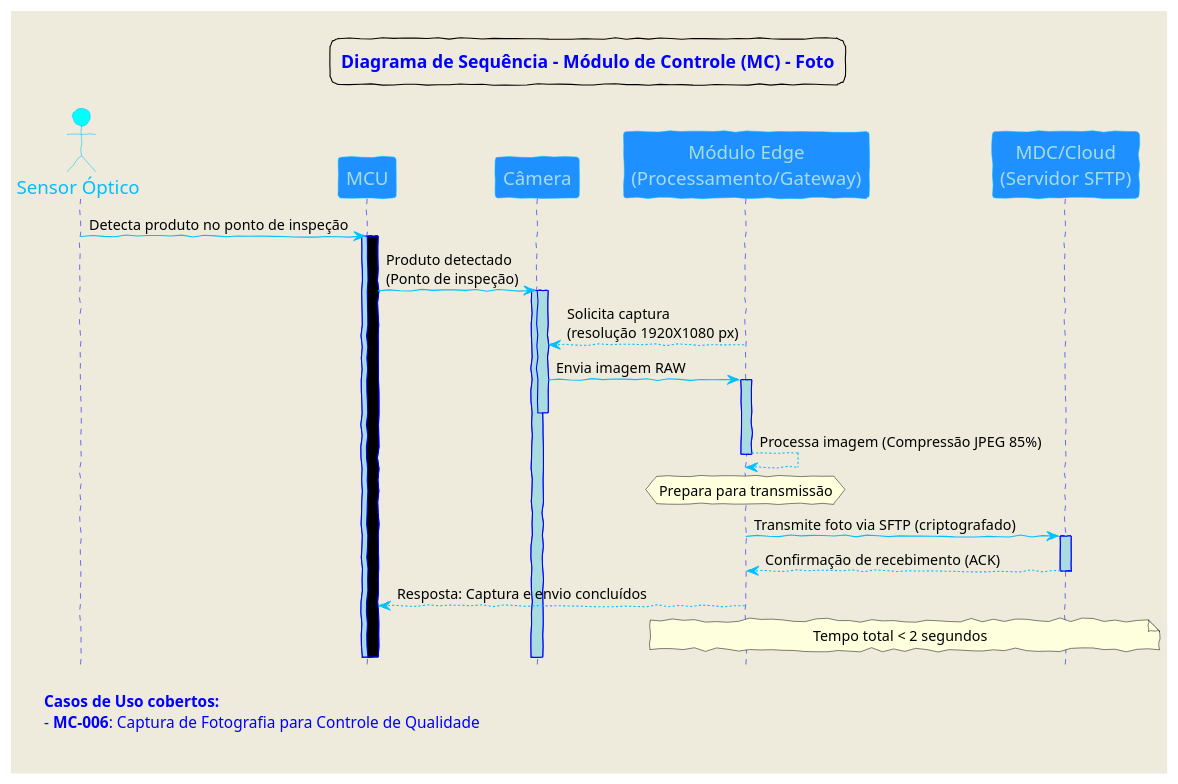
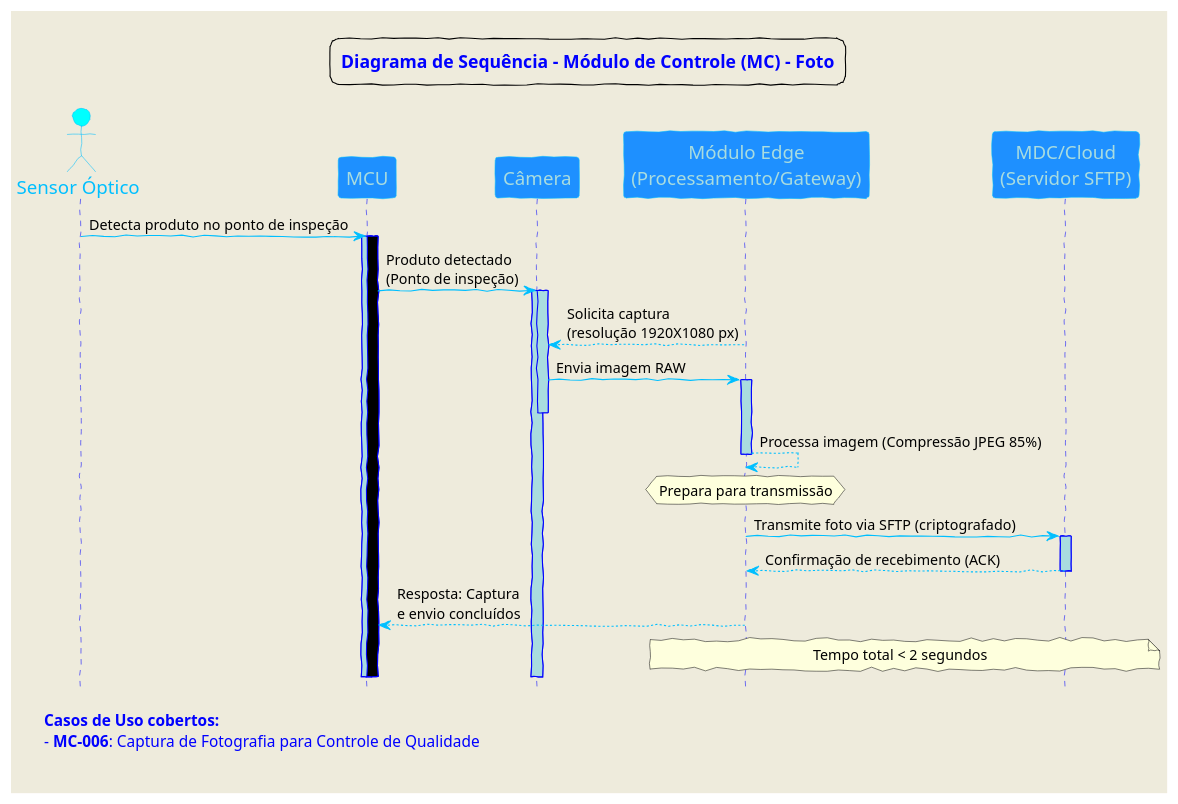
One commit to Embrapac/diagramas changed the diagram in DS-FOTO-001.puml. Above: the diagram before and after it, drawn with PlantUML. The commit also changed 1 other file, not shown here.

Commit message:
Diagrama-Video acrescentado texto pós-falha e excluido solicitação de video processado

```diff
--- a/DS-FOTO-001.puml
+++ b/DS-FOTO-001.puml
@@ -1,79 +1,79 @@
 @startuml
 
 <style>
 footer {
   HorizontalAlignment left
   FontSize 14
   FontColor blue
   FontName Arial
   Margin 20
   Padding 10
 }
 
 legend {
   HorizontalAlignment center
   FontSize 16
   FontColor Blue
   FontName Arial
   Margin 20
   Padding 10
 }
 </style>
 
 
 'Parametros de cor:
 skinparam backgroundColor #EEEBDC
 skinparam handwritten true
 skinparam sequenceArrowColor DeepSkyBlue
 skinparam sequenceActorBorderColor DeepSkyBlue
 skinparam sequenceLifeLineBorderColor blue
 skinparam sequenceLifeLineBackgroundColor #A9DCDF
 skinparam sequenceParticipantBorderColor DeepSkyBlue
 skinparam sequenceParticipantBackgroundColor DodgerBlue
 skinparam sequenceParticipantFontName Impact
 skinparam sequenceParticipantFontSize 17
 skinparam sequenceParticipantFontColor #A9DCDF
 skinparam sequenceActorBackgroundColor aqua
 skinparam sequenceActorFontColor DeepSkyBlue
 skinparam sequenceActorFontSize 17
 skinparam sequenceActorFontName Aapex
 
 autoactivate on
 Hide footbox
 
 actor "Sensor Óptico"
 
 "Sensor Óptico" -> MCU: Detecta produto no ponto de inspeção
 activate MCU #000000
 
 
 participant "MCU" as MCU
 participant Câmera
 participant "Módulo Edge\n(Processamento/Gateway)" as EDGE
 participant "MDC/Cloud\n(Servidor SFTP)" as MDC
 
 MCU -> Câmera : Produto detectado\n(Ponto de inspeção)
 activate Câmera
 EDGE --> Câmera : Solicita captura \n(resolução 1920X1080 px)
 Câmera -> EDGE : Envia imagem RAW
 deactivate Câmera
 
 EDGE --> EDGE : Processa imagem (Compressão JPEG 85%)
 hnote over EDGE : Prepara para transmissão
 
 EDGE -> MDC : Transmite foto via SFTP (criptografado)
 MDC --> EDGE : Confirmação de recebimento (ACK)
 
-EDGE --> MCU : Resposta: Captura e envio concluídos
+EDGE --> MCU : Resposta: Captura \ne envio concluídos
 note over EDGE, MDC: Tempo total < 2 segundos
 
 legend top
  **Diagrama de Sequência - Módulo de Controle (MC) - Foto**
 end legend
 
 footer
   **Casos de Uso cobertos:**
    - **MC-006**: Captura de Fotografia para Controle de Qualidade
 end footer  
 
 @endumlg
```
